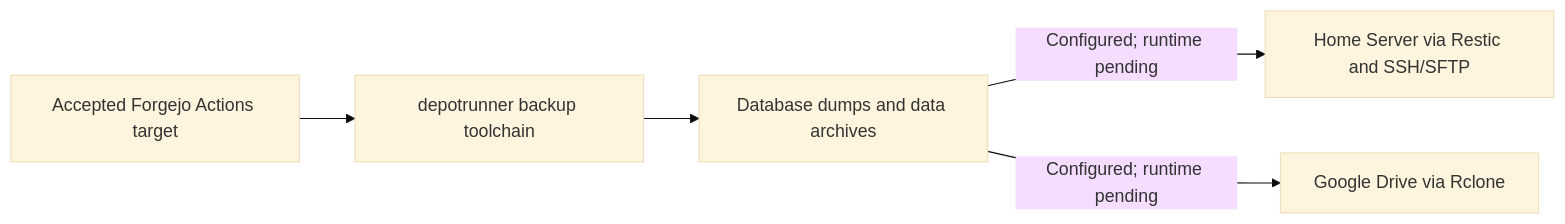
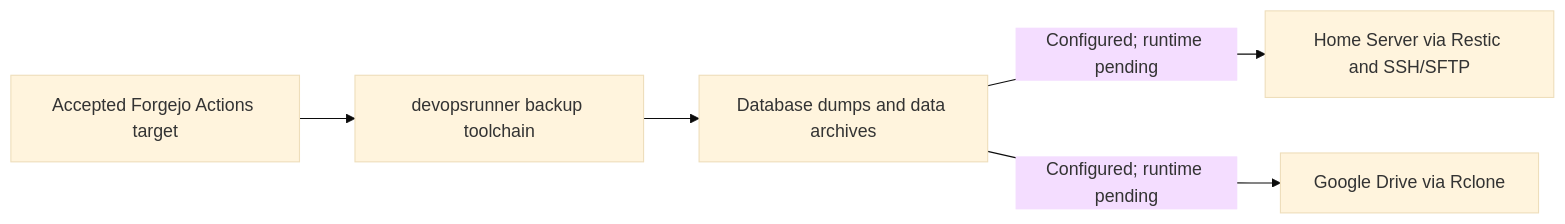
Before and after one commit to yongxinL/servicehub: the seventh of 7 diagrams in docs/architecture/DATA-FLOW.md, drawn with Mermaid (base theme). The commit also changed other lines of this file and 52 other files, not shown here.

````diff
--- a/docs/architecture/DATA-FLOW.md
+++ b/docs/architecture/DATA-FLOW.md
@@ -158,7 +158,7 @@
 ```mermaid
 flowchart LR
-    W[Accepted Forgejo Actions target] --> B[depotrunner backup toolchain]
+    W[Accepted Forgejo Actions target] --> B[devopsrunner backup toolchain]
     B --> D[Database dumps and data archives]
     D -->|Configured; runtime pending| H[Home Server via Restic and SSH/SFTP]
     D -->|Configured; runtime pending| G[Google Drive via Rclone]
 ```
````
